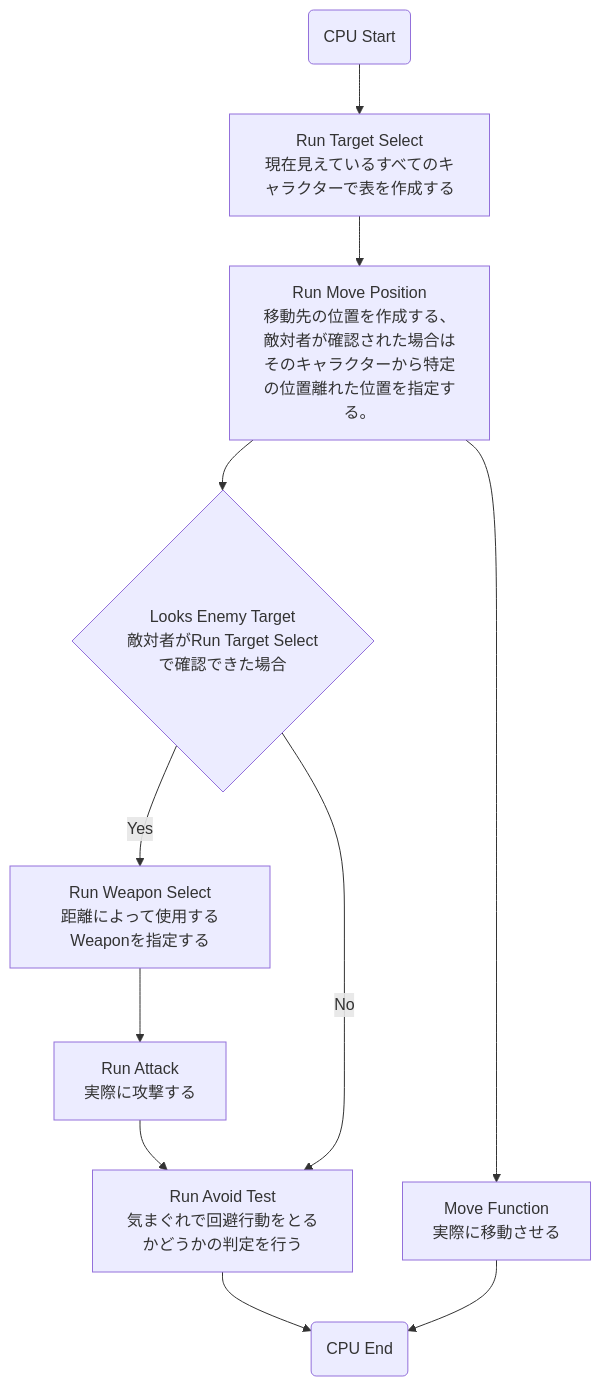
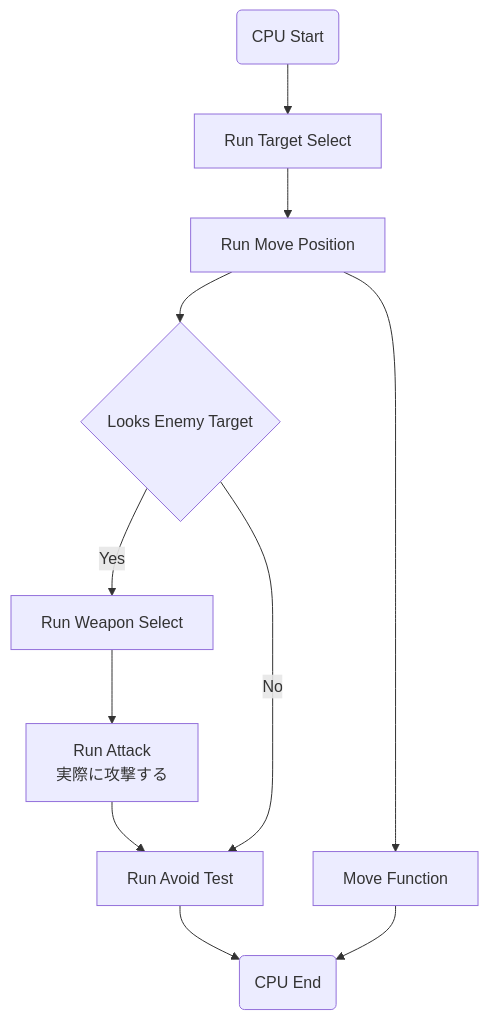
The diagram in ProjectDescription/CPU_TargetLookFlow.md (Chronoss0518/AfterToday_DemoMission_Remake), drawn with Mermaid before and after one commit. The commit also changed other lines of this file, not shown here.

Commit message:
Flowファイルの補足部分を改修

````diff
--- a/ProjectDescription/CPU_TargetLookFlow.md
+++ b/ProjectDescription/CPU_TargetLookFlow.md
@@ -1,15 +3,15 @@
 ```mermaid
 graph TD;
 
-    Start(CPU Start) --> RunTargetSelect[Run Target Select<br>現在見えているすべてのキャラクターで表を作成する];
-    RunTargetSelect --> RunMovePosition[Run Move Position<br>移動先の位置を作成する、敵対者が確認された場合はそのキャラクターから特定の位置離れた位置を指定する。];
-    RunMovePosition --> MoveFunction[Move Function<br>実際に移動させる];
-    RunMovePosition --> LooksEnemyTarget{Looks Enemy Target<br>敵対者がRun Target Selectで確認できた場合};
-    LooksEnemyTarget -- Yes --> RunWeaponSelect[Run Weapon Select<br>距離によって使用するWeaponを指定する];
+    Start(CPU Start) --> RunTargetSelect[Run Target Select];
+    RunTargetSelect --> RunMovePosition[Run Move Position];
+    RunMovePosition --> MoveFunction[Move Function];
+    RunMovePosition --> LooksEnemyTarget{Looks Enemy Target};
+    LooksEnemyTarget -- Yes --> RunWeaponSelect[Run Weapon Select];
     RunWeaponSelect --> RunAttack[Run Attack<br>実際に攻撃する]
-    RunAttack --> RunAvoidTest[Run Avoid Test<br>気まぐれで回避行動をとるかどうかの判定を行う];
+    RunAttack --> RunAvoidTest[Run Avoid Test];
     LooksEnemyTarget -- No --> RunAvoidTest
     RunAvoidTest --> End(CPU End);
     MoveFunction --> End;
 
 ```
````
